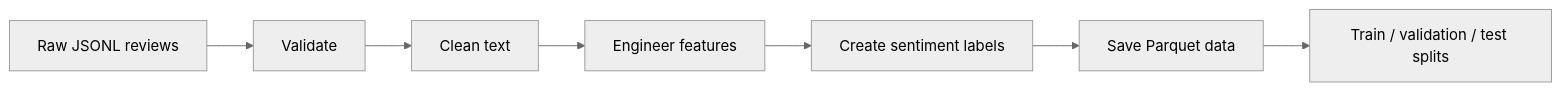
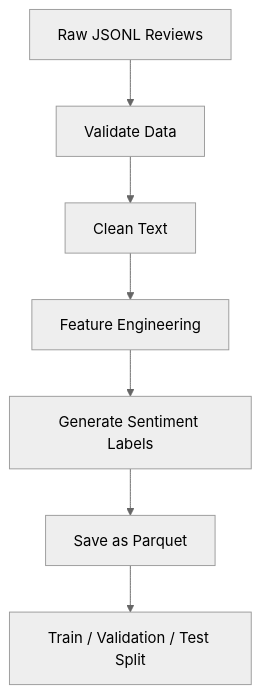
Before and after one commit to Sree2622/amazon-review-agent: the diagram in preprocessing/README.md, drawn with Mermaid (neutral theme).

Commit message:
Update workflow diagram in README.md

````diff
--- a/preprocessing/README.md
+++ b/preprocessing/README.md
@@ -20,9 +20,12 @@
 ```mermaid
-flowchart LR
-    A[Raw JSONL reviews] --> B[Validate]
-    B --> C[Clean text]
-    C --> D[Engineer features]
-    D --> E[Create sentiment labels]
-    E --> F[Save Parquet data]
-    F --> G[Train / validation / test splits]
+flowchart TD
+    A[Raw JSONL Reviews]
+    B[Validate Data]
+    C[Clean Text]
+    D[Feature Engineering]
+    E[Generate Sentiment Labels]
+    F[Save as Parquet]
+    G[Train / Validation / Test Split]
+
+    A --> B --> C --> D --> E --> F --> G
 ```
````
